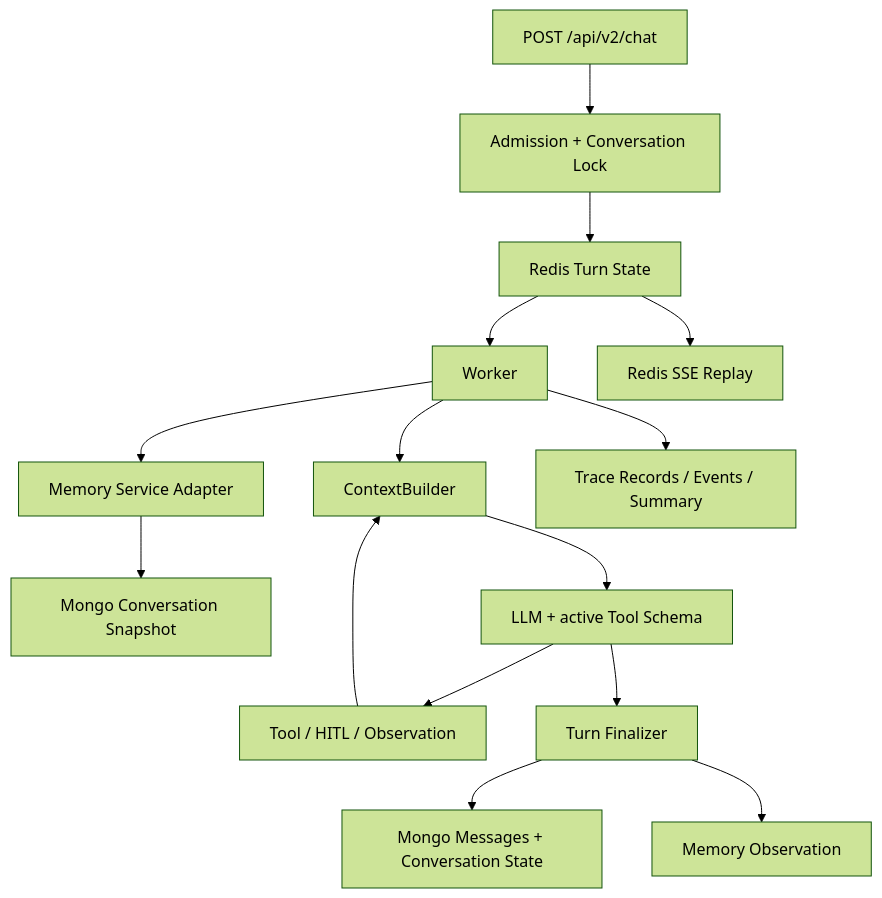
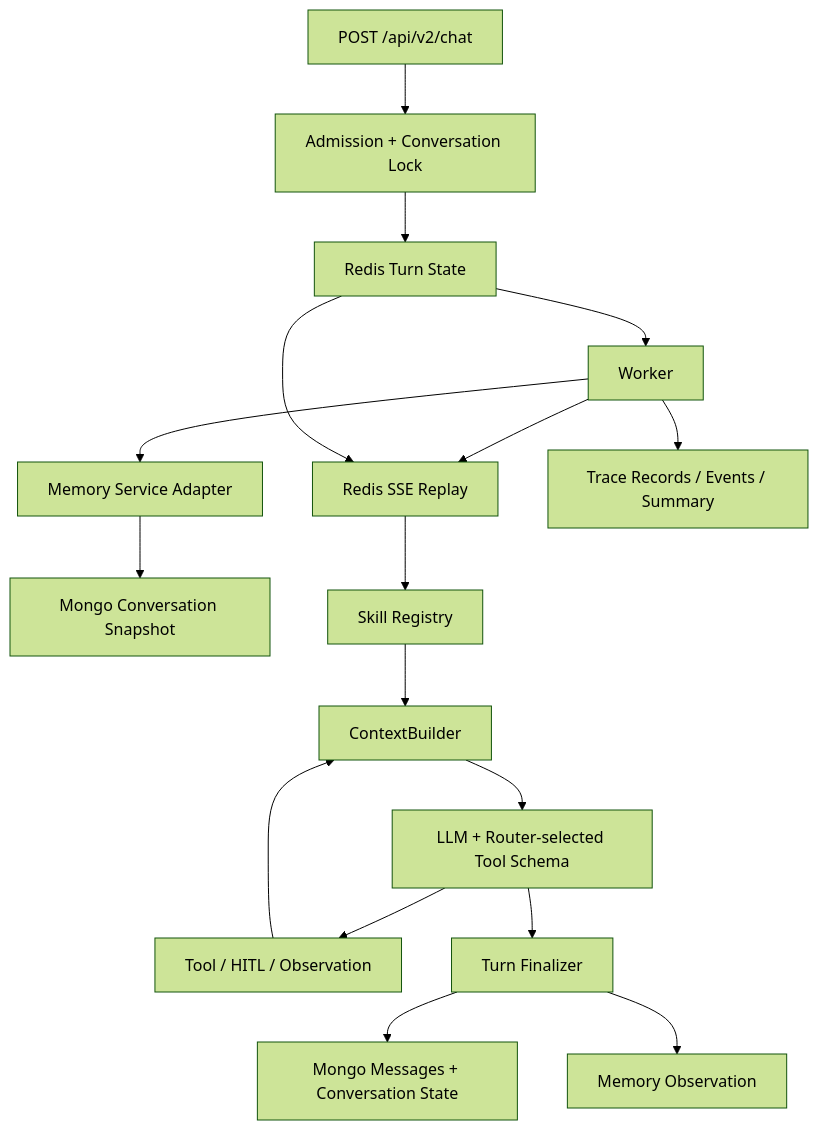
Before and after one commit to ArtLjn/agriagent-os: the second of 4 diagrams in agri_backend_v2/docs/spec/2026-08-20-agent-context-session-memory-system-design.md, drawn with Mermaid (forest theme). The commit also changed other lines of this file and 19 other files, not shown here.

Commit message:
feat(agent): 完成可配置 Skill Router 双模式

````diff
--- a/agri_backend_v2/docs/spec/2026-08-20-agent-context-session-memory-system-design.md
+++ b/agri_backend_v2/docs/spec/2026-08-20-agent-context-session-memory-system-design.md
@@ -104,17 +104,19 @@
 ```mermaid
 flowchart TD
     U["POST /api/v2/chat"] --> A["Admission + Conversation Lock"]
     A --> T["Redis Turn State"]
     T --> W["Worker"]
     W --> M["Memory Service Adapter"]
     M --> S["Mongo Conversation Snapshot"]
-    W --> C["ContextBuilder"]
-    C --> L["LLM + active Tool Schema"]
+    W --> R["LLM Skill Router"]
+    R --> SR["Skill Registry"]
+    SR --> C["ContextBuilder"]
+    C --> L["LLM + Router-selected Tool Schema"]
     L --> X["Tool / HITL / Observation"]
     X --> C
     L --> F["Turn Finalizer"]
     F --> P["Mongo Messages + Conversation State"]
     F --> O["Memory Observation"]
     T --> R["Redis SSE Replay"]
     W --> Q["Trace Records / Events / Summary"]
 ```
````
